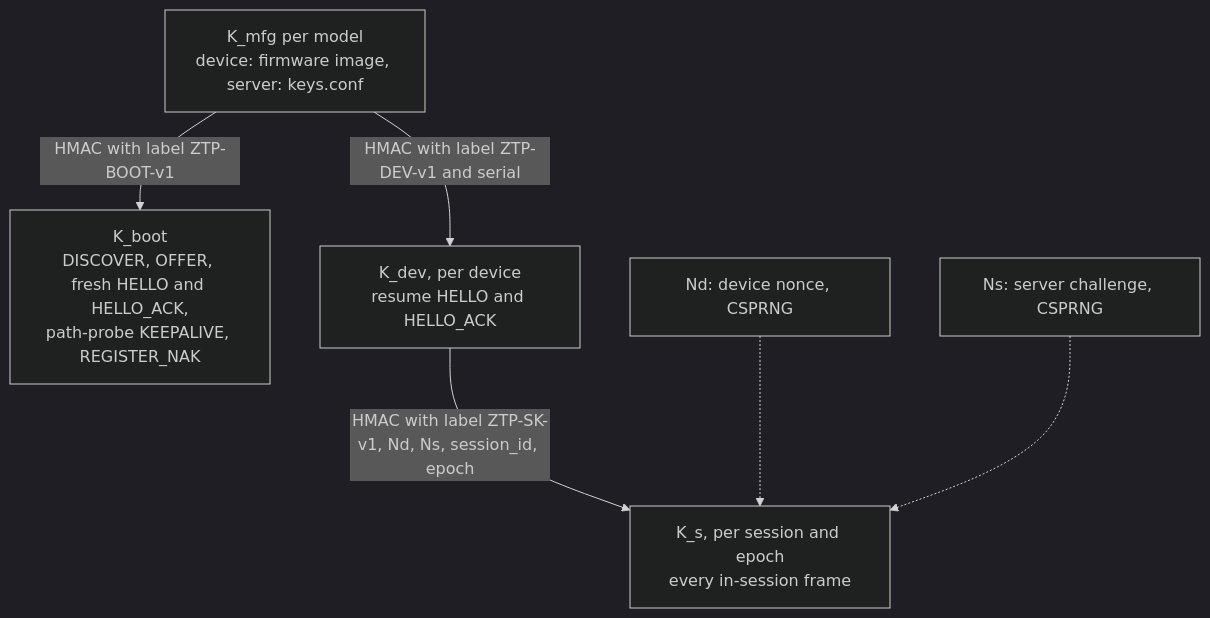
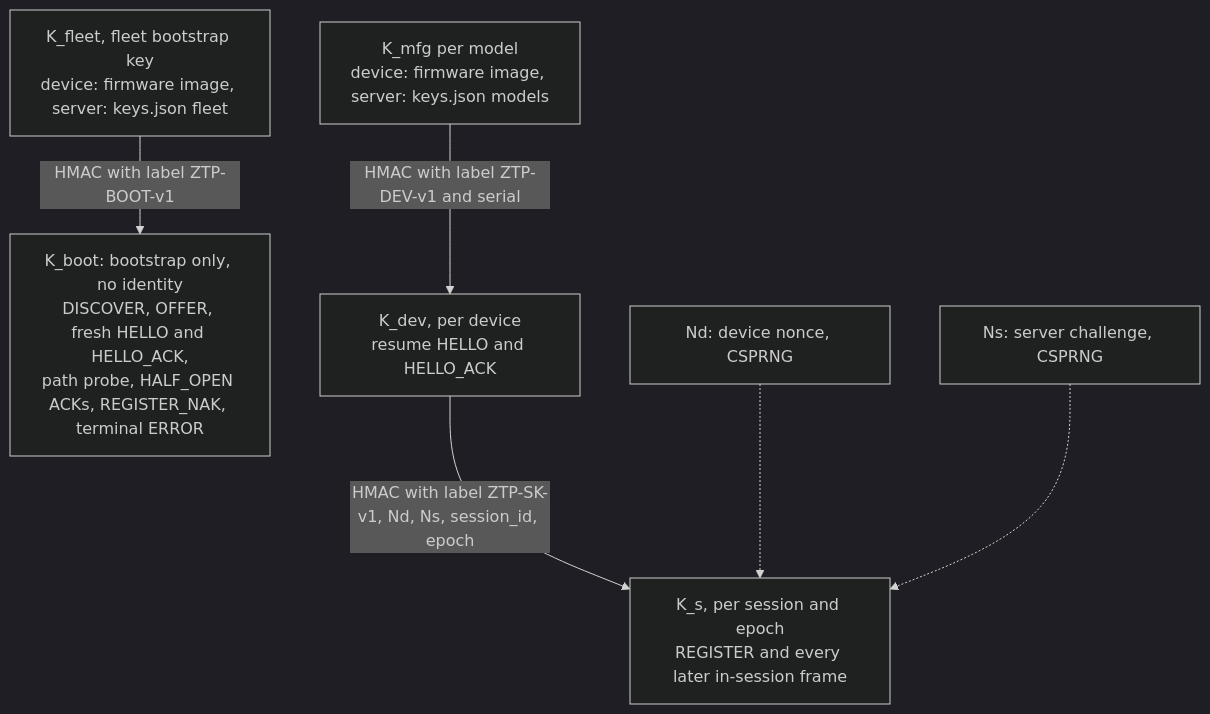
Diagram 12 of 23 in DESIGN.md (heysunilvk/ztp-project), drawn with Mermaid (dark theme) before and after one commit. The commit also changed other lines of this file and 2 other files, not shown here.

````diff
--- a/DESIGN.md
+++ b/DESIGN.md
@@ -971,8 +1136,8 @@
 ```mermaid
 flowchart TD
-    KM["K_mfg per model<br/>device: firmware image, server: keys.conf"] -->|"HMAC with label ZTP-BOOT-v1"| KB["K_boot<br/>DISCOVER, OFFER, fresh HELLO and HELLO_ACK,<br/>path-probe KEEPALIVE, REGISTER_NAK"]
-    KM -->|"HMAC with label ZTP-DEV-v1 and serial"| KD["K_dev, per device<br/>resume HELLO and HELLO_ACK"]
-    KD -->|"HMAC with label ZTP-SK-v1, Nd, Ns, session_id, epoch"| KS["K_s, per session and epoch<br/>every in-session frame"]
+    KF["K_fleet, fleet bootstrap key<br/>device: firmware image, server: keys.json fleet"] -->|"HMAC with label ZTP-BOOT-v1"| KB["K_boot: bootstrap only, no identity<br/>DISCOVER, OFFER, fresh HELLO and HELLO_ACK,<br/>path probe, HALF_OPEN ACKs, REGISTER_NAK, terminal ERROR"]
+    KM["K_mfg per model<br/>device: firmware image, server: keys.json models"] -->|"HMAC with label ZTP-DEV-v1 and serial"| KD["K_dev, per device<br/>resume HELLO and HELLO_ACK"]
+    KD -->|"HMAC with label ZTP-SK-v1, Nd, Ns, session_id, epoch"| KS["K_s, per session and epoch<br/>REGISTER and every later in-session frame"]
     ND["Nd: device nonce, CSPRNG"] -.-> KS
     NS["Ns: server challenge, CSPRNG"] -.-> KS
 ```
````
